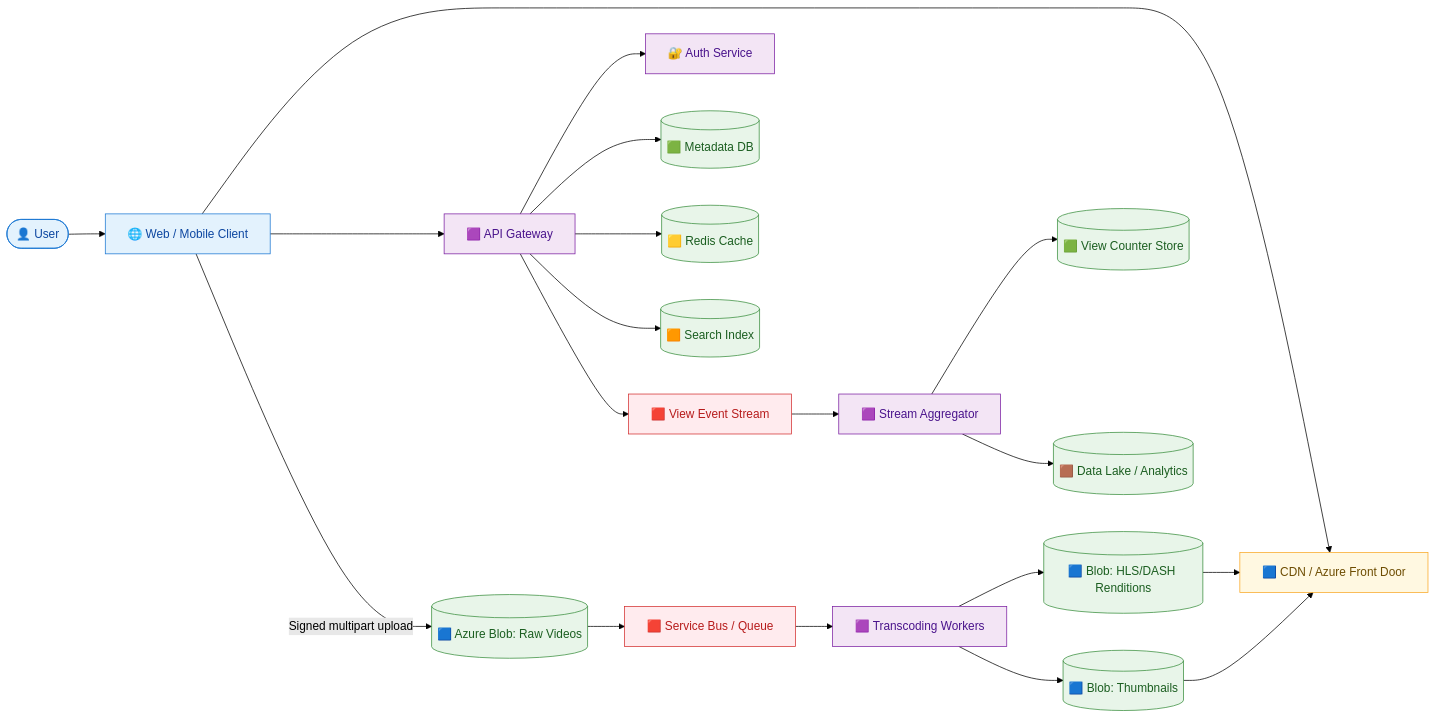
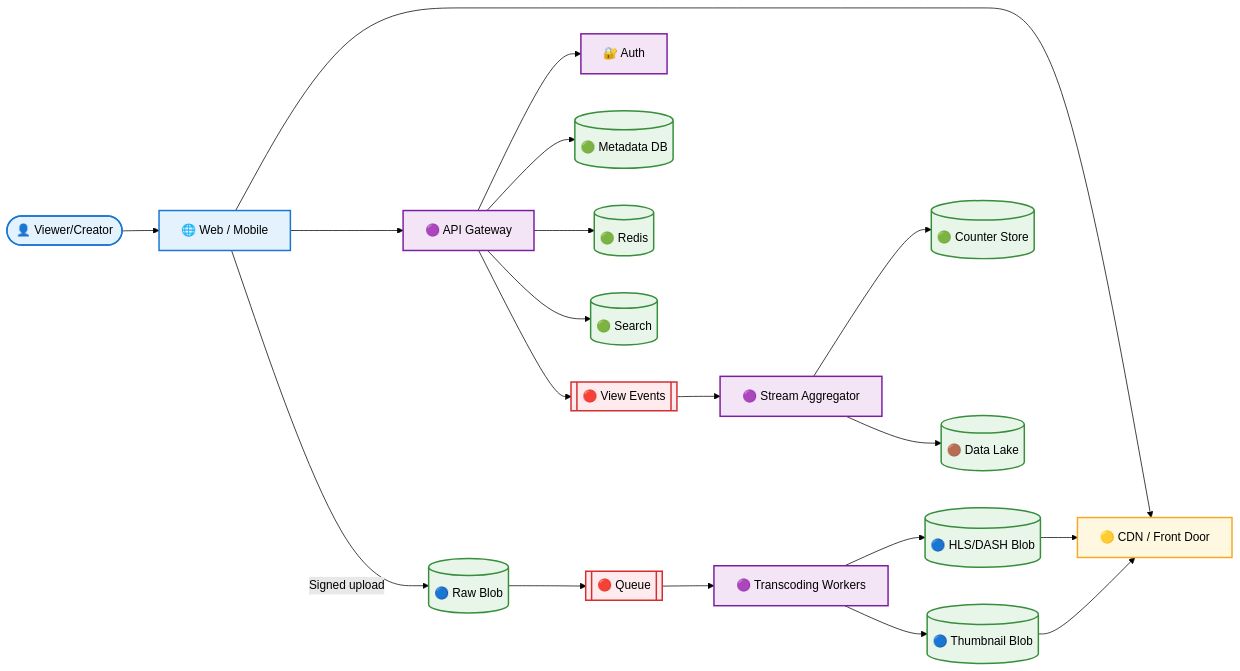
Before and after one commit to azam123/Engineering-Interview-Prep: the first of 3 diagrams in System-Design/02-YouTube/solution.md, drawn with Mermaid (forest theme). The commit also changed other lines of this file, not shown here.

Commit message:
Enhance YouTube design with colorful animated-style request flows

````diff
--- a/System-Design/02-YouTube/solution.md
+++ b/System-Design/02-YouTube/solution.md
@@ -94,35 +96,32 @@
 ```mermaid
 flowchart LR
-    U([👤 User]) --> FE[🌐 Web / Mobile Client]
-    FE --> CDN[🟦 CDN / Azure Front Door]
-    FE --> API[🟪 API Gateway]
+    U([👤 Viewer/Creator]) --> FE[🌐 Web / Mobile]
+    FE --> CDN[🟡 CDN / Front Door]
+    FE --> API[🟣 API Gateway]
+    API --> AUTH[🔐 Auth]
+    API --> META[(🟢 Metadata DB)]
+    API --> CACHE[(🟢 Redis)]
+    API --> SEARCH[(🟢 Search)]
+    FE -->|Signed upload| RAW[(🔵 Raw Blob)]
+    RAW --> BUS[[🔴 Queue]]
+    BUS --> TRANS[🟣 Transcoding Workers]
+    TRANS --> READY[(🔵 HLS/DASH Blob)]
+    TRANS --> THUMB[(🔵 Thumbnail Blob)]
+    READY --> CDN
+    THUMB --> CDN
+    API --> EVENTS[[🔴 View Events]]
+    EVENTS --> AGG[🟣 Stream Aggregator]
+    AGG --> COUNTER[(🟢 Counter Store)]
+    AGG --> LAKE[(🟤 Data Lake)]
 
-    API --> AUTH[🔐 Auth Service]
-    API --> META[(🟩 Metadata DB)]
-    API --> CACHE[(🟨 Redis Cache)]
-    API --> SEARCH[(🟧 Search Index)]
-    API --> EVENTS[🟥 View Event Stream]
-
-    FE -->|Signed multipart upload| RAW[(🟦 Azure Blob: Raw Videos)]
-    RAW --> BUS[🟥 Service Bus / Queue]
-    BUS --> TRANS[🟪 Transcoding Workers]
-    TRANS --> ENCODED[(🟦 Blob: HLS/DASH Renditions)]
-    TRANS --> THUMB[(🟦 Blob: Thumbnails)]
-    ENCODED --> CDN
-    THUMB --> CDN
-
-    EVENTS --> AGG[🟪 Stream Aggregator]
-    AGG --> COUNTER[(🟩 View Counter Store)]
-    AGG --> LAKE[(🟫 Data Lake / Analytics)]
-
-    classDef client fill:#E3F2FD,stroke:#1976D2,color:#0D47A1;
-    classDef compute fill:#F3E5F5,stroke:#7B1FA2,color:#4A148C;
-    classDef data fill:#E8F5E9,stroke:#388E3C,color:#1B5E20;
-    classDef queue fill:#FFEBEE,stroke:#D32F2F,color:#B71C1C;
-    classDef edge fill:#FFF8E1,stroke:#F9A825,color:#6D4C00;
+    classDef client fill:#E3F2FD,stroke:#1976D2,stroke-width:2px;
+    classDef compute fill:#F3E5F5,stroke:#7B1FA2,stroke-width:2px;
+    classDef data fill:#E8F5E9,stroke:#388E3C,stroke-width:2px;
+    classDef queue fill:#FFEBEE,stroke:#D32F2F,stroke-width:2px;
+    classDef edge fill:#FFF8E1,stroke:#F9A825,stroke-width:2px;
     class U,FE client;
     class API,AUTH,TRANS,AGG compute;
-    class META,CACHE,SEARCH,RAW,ENCODED,THUMB,COUNTER,LAKE data;
+    class META,CACHE,SEARCH,RAW,READY,THUMB,COUNTER,LAKE data;
     class BUS,EVENTS queue;
     class CDN edge;
 ```
````
